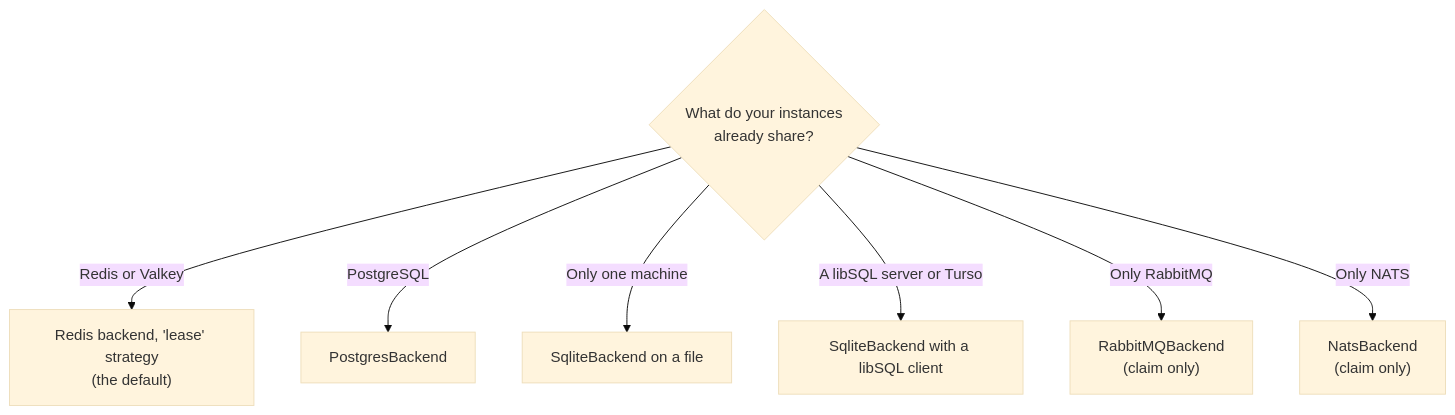
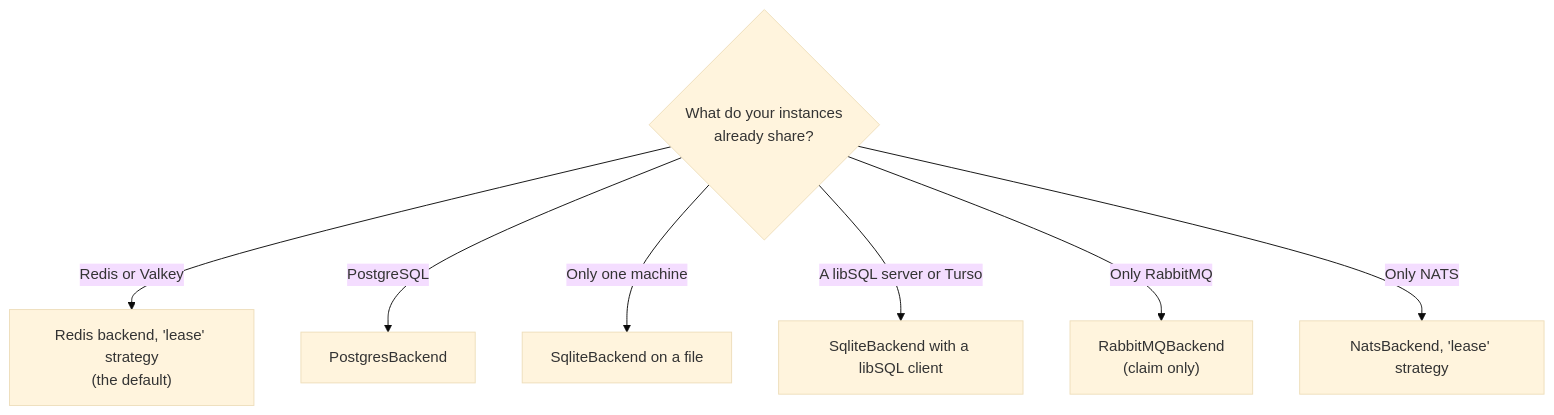
One commit to aristoteliss/anarchon changed the first of 2 diagrams in docs/src/content/docs/backends/overview.md. Above: the diagram before and after it, drawn with Mermaid (base theme). The commit also changed other lines of this file and 67 other files, not shown here.

````diff
--- a/docs/src/content/docs/backends/overview.md
+++ b/docs/src/content/docs/backends/overview.md
@@ -10,10 +10,10 @@
 ```mermaid
 flowchart TD
   start{"What do your instances<br/>already share?"}
   start -- "Redis or Valkey" --> redis["Redis backend, 'lease' strategy<br/>(the default)"]
   start -- "PostgreSQL" --> pg["PostgresBackend"]
   start -- "Only one machine" --> sqlite["SqliteBackend on a file"]
   start -- "A libSQL server or Turso" --> libsql["SqliteBackend with a libSQL client"]
   start -- "Only RabbitMQ" --> rabbit["RabbitMQBackend<br/>(claim only)"]
-  start -- "Only NATS" --> nats["NatsBackend<br/>(claim only)"]
+  start -- "Only NATS" --> nats["NatsBackend, 'lease' strategy"]
 ```
````
